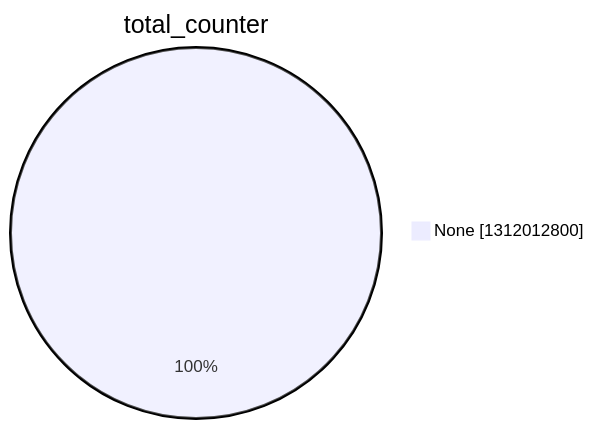
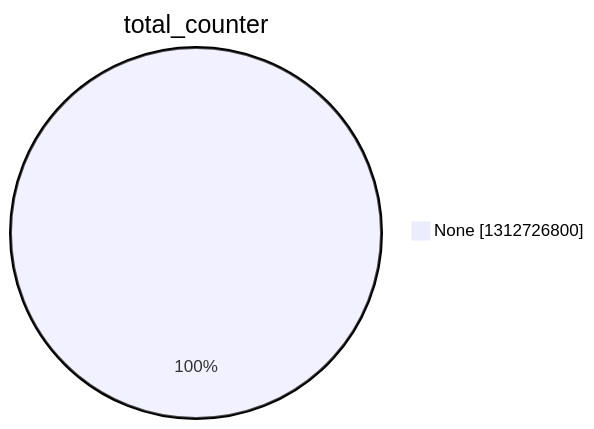
The second of 15 diagrams in argon2022/README.md (christiankrug/ctmonitor_visualization), drawn with Mermaid before and after one commit. The commit also changed other lines of this file, not shown here.

````diff
--- a/argon2022/README.md
+++ b/argon2022/README.md
@@ -9,5 +9,5 @@
 ```mermaid
 pie showData
 title total_counter
-"None" :1312012800
+"None" :1312726800
 ```
````
